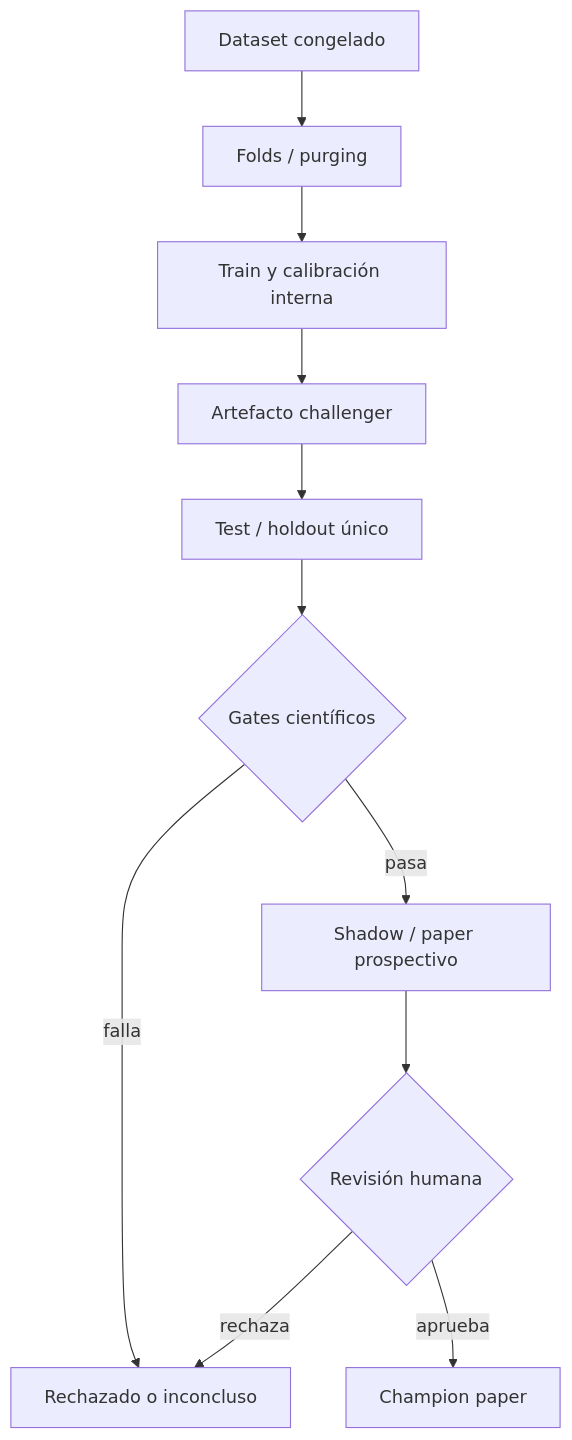
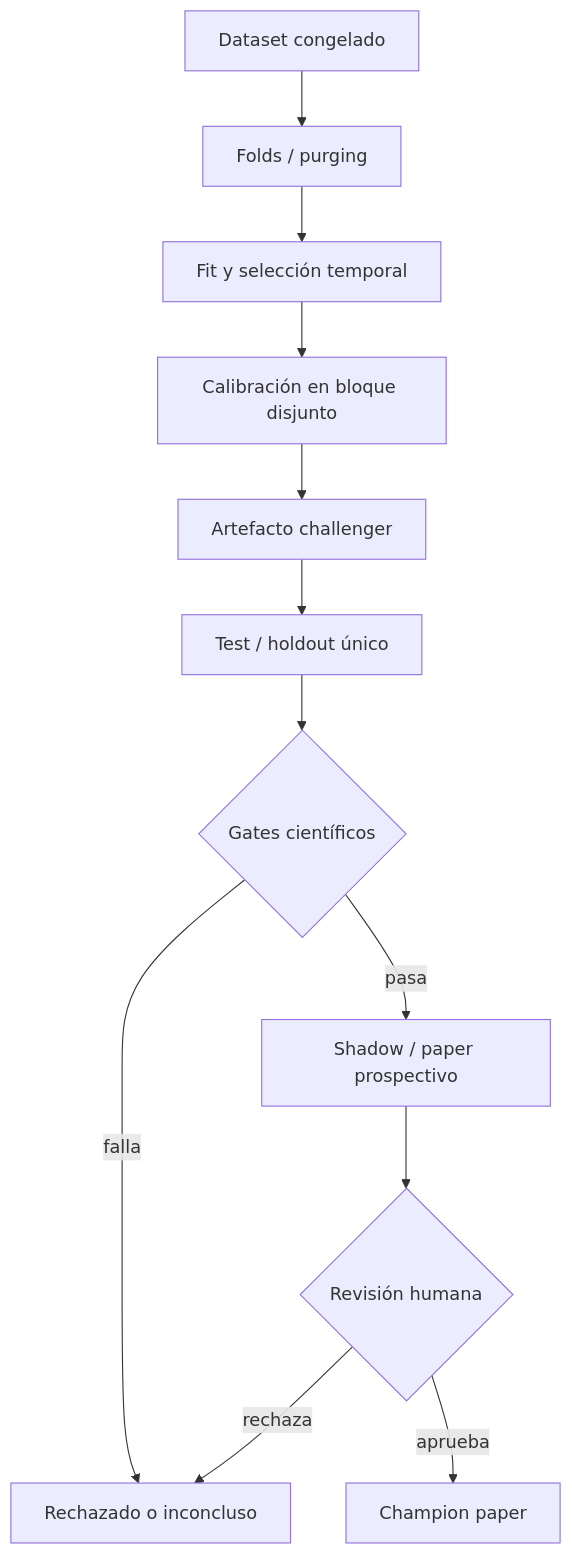
The diagram in docs/diagrams/07-ml-pipeline.mmd (SaintWyss/td), drawn with Mermaid before and after one commit. The commit also changed 310 other files, not shown here.

```diff
--- a/docs/diagrams/07-ml-pipeline.mmd
+++ b/docs/diagrams/07-ml-pipeline.mmd
@@ -1,11 +1,12 @@
 flowchart TD
   DS["Dataset congelado"] --> SPL["Folds / purging"]
-  SPL --> TR["Train y calibración interna"]
-  TR --> REG["Artefacto challenger"]
+  SPL --> TR["Fit y selección temporal"]
+  TR --> CAL["Calibración en bloque disjunto"]
+  CAL --> REG["Artefacto challenger"]
   REG --> VAL["Test / holdout único"]
   VAL --> G{"Gates científicos"}
   G -->|"falla"| REJ["Rechazado o inconcluso"]
   G -->|"pasa"| PAPER["Shadow / paper prospectivo"]
   PAPER --> HUMAN{"Revisión humana"}
   HUMAN -->|"aprueba"| CH["Champion paper"]
   HUMAN -->|"rechaza"| REJ
```
